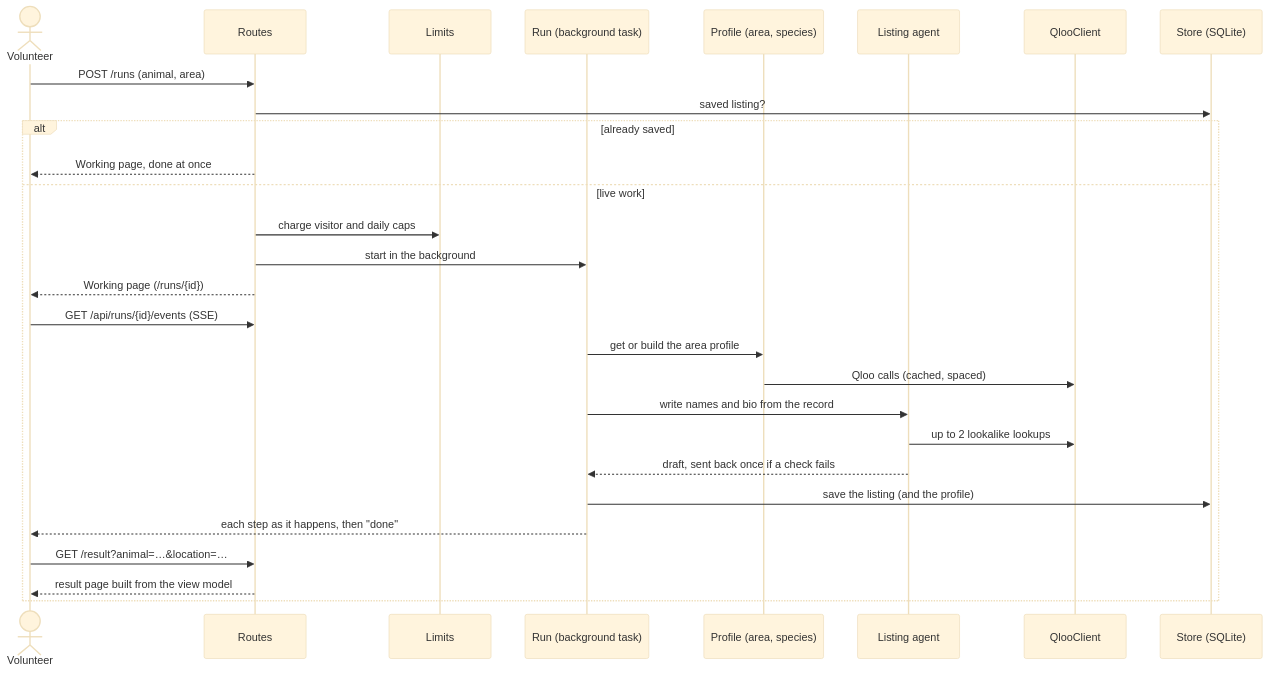
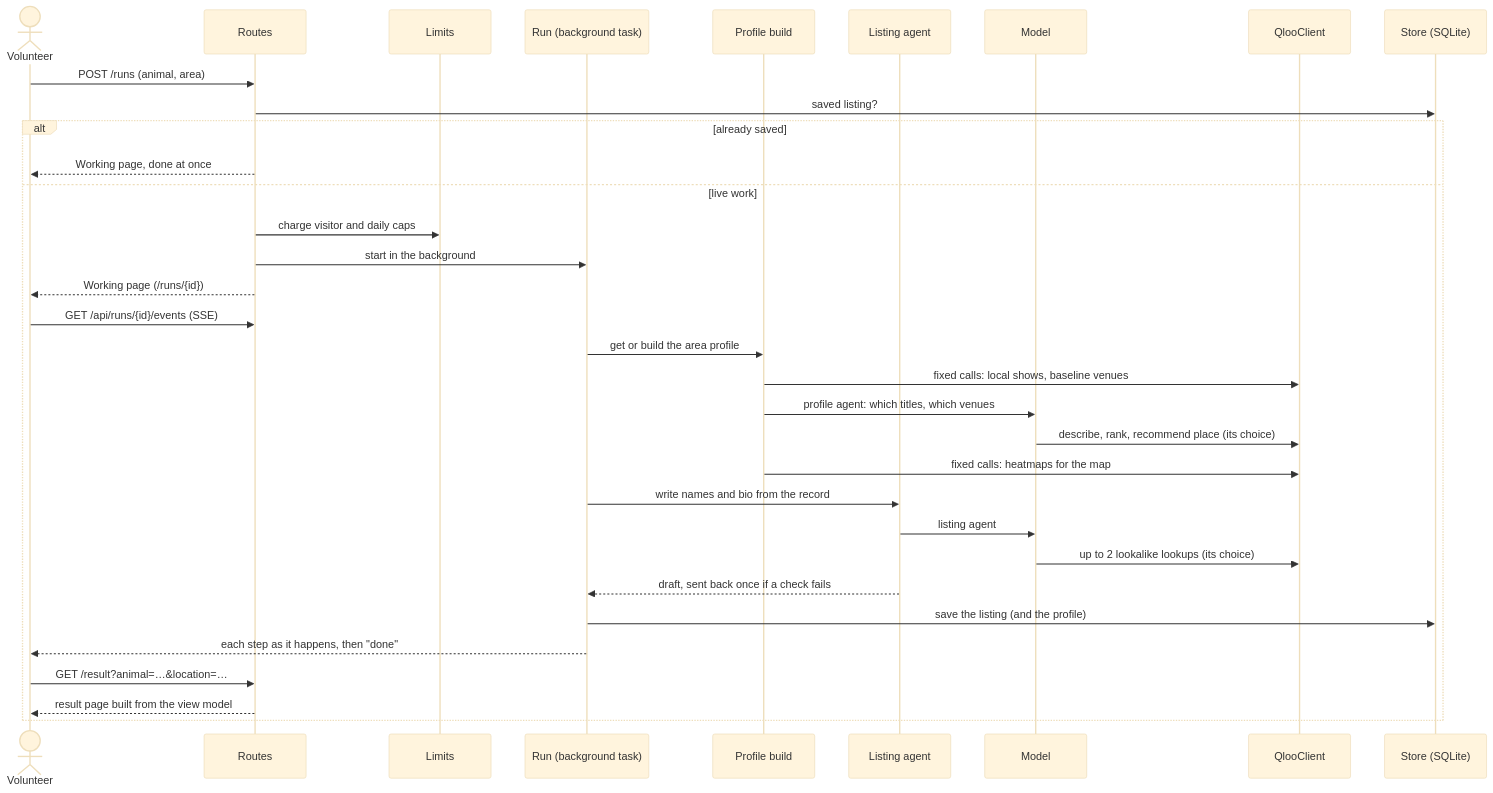
One commit to bsabau/namesake changed the second of 5 diagrams in docs/architecture.md. Above: the diagram before and after it, drawn with Mermaid (base theme). The commit also changed other lines of this file, not shown here.

First line of the commit message:
Architecture doc: who decides what, and the reviewers' corrections

````diff
--- a/docs/architecture.md
+++ b/docs/architecture.md
@@ -50,31 +67,36 @@
 ```mermaid
 sequenceDiagram
     actor V as Volunteer
     participant R as Routes
     participant L as Limits
     participant T as Run (background task)
-    participant P as Profile (area, species)
+    participant P as Profile build
     participant A as Listing agent
+    participant M as Model
     participant Q as QlooClient
     participant S as Store (SQLite)
 
     V->>R: POST /runs (animal, area)
     R->>S: saved listing?
     alt already saved
         R-->>V: Working page, done at once
     else live work
         R->>L: charge visitor and daily caps
         R->>T: start in the background
         R-->>V: Working page (/runs/{id})
         V->>R: GET /api/runs/{id}/events (SSE)
         T->>P: get or build the area profile
-        P->>Q: Qloo calls (cached, spaced)
+        P->>Q: fixed calls: local shows, baseline venues
+        P->>M: profile agent: which titles, which venues
+        M->>Q: describe, rank, recommend place (its choice)
+        P->>Q: fixed calls: heatmaps for the map
         T->>A: write names and bio from the record
-        A->>Q: up to 2 lookalike lookups
+        A->>M: listing agent
+        M->>Q: up to 2 lookalike lookups (its choice)
         A-->>T: draft, sent back once if a check fails
         T->>S: save the listing (and the profile)
         T-->>V: each step as it happens, then "done"
         V->>R: GET /result?animal=…&location=…
         R-->>V: result page built from the view model
     end
 ```
````
